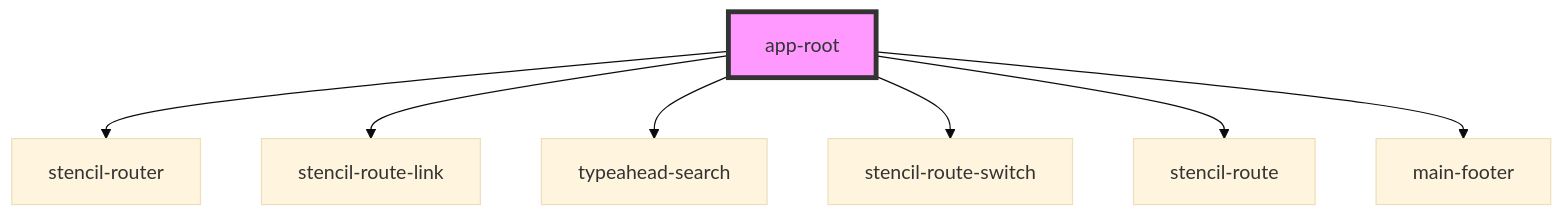
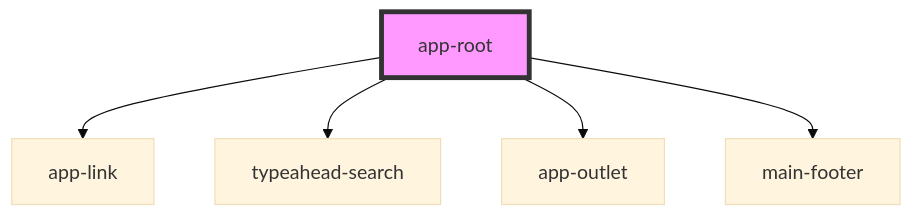
Before and after one commit to upstroke/tmdb-stencil-frontend: the diagram in src/components/readme.md, drawn with Mermaid (base theme). The commit also changed other lines of this file and 15 other files, not shown here.

First line of the commit message:
Refactor/replace stencil router (#2)

````diff
--- a/src/components/readme.md
+++ b/src/components/readme.md
@@ -20,10 +18,8 @@
 ```mermaid
 graph TD;
-  app-root --> stencil-router
-  app-root --> stencil-route-link
+  app-root --> app-link
   app-root --> typeahead-search
-  app-root --> stencil-route-switch
-  app-root --> stencil-route
+  app-root --> app-outlet
   app-root --> main-footer
   style app-root fill:#f9f,stroke:#333,stroke-width:4px
 ```
````
